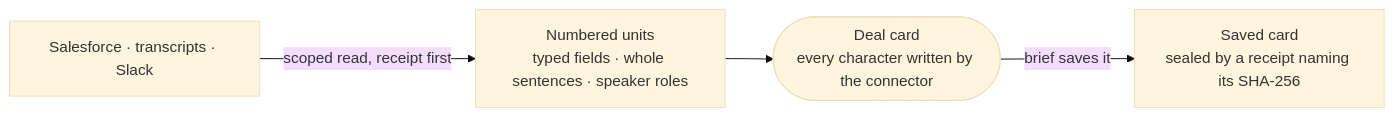
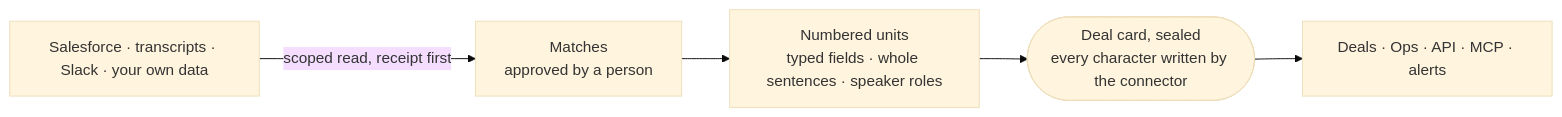
The diagram in README.md (pwngh/gtm-connector), drawn with Mermaid (base theme) before and after one commit. The commit also changed other lines of this file, not shown here.

Commit message:
docs: readme as it reads when the roadmap is complete

````diff
--- a/README.md
+++ b/README.md
@@ -78,6 +81,7 @@
 ```mermaid
 flowchart LR
-    S["Salesforce · transcripts · Slack"] -->|"scoped read, receipt first"| U["Numbered units<br/>typed fields · whole sentences · speaker roles"]
-    U --> C(["Deal card<br/>every character written by the connector"])
-    C -->|"brief saves it"| B["Saved card<br/>sealed by a receipt naming its SHA-256"]
+    S["Salesforce · transcripts · Slack · your own data"] -->|"scoped read, receipt first"| M["Matches<br/>approved by a person"]
+    M --> U["Numbered units<br/>typed fields · whole sentences · speaker roles"]
+    U --> C(["Deal card, sealed<br/>every character written by the connector"])
+    C --> O["Deals · Ops · API · MCP · alerts"]
 ```
````
